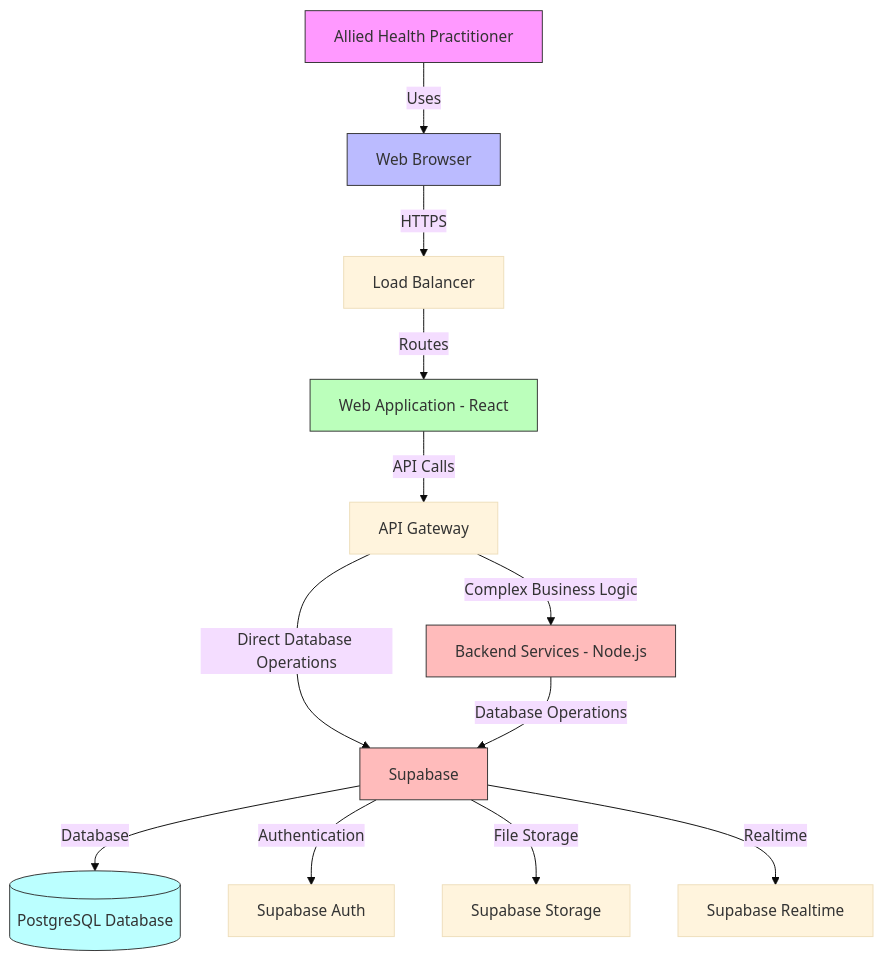
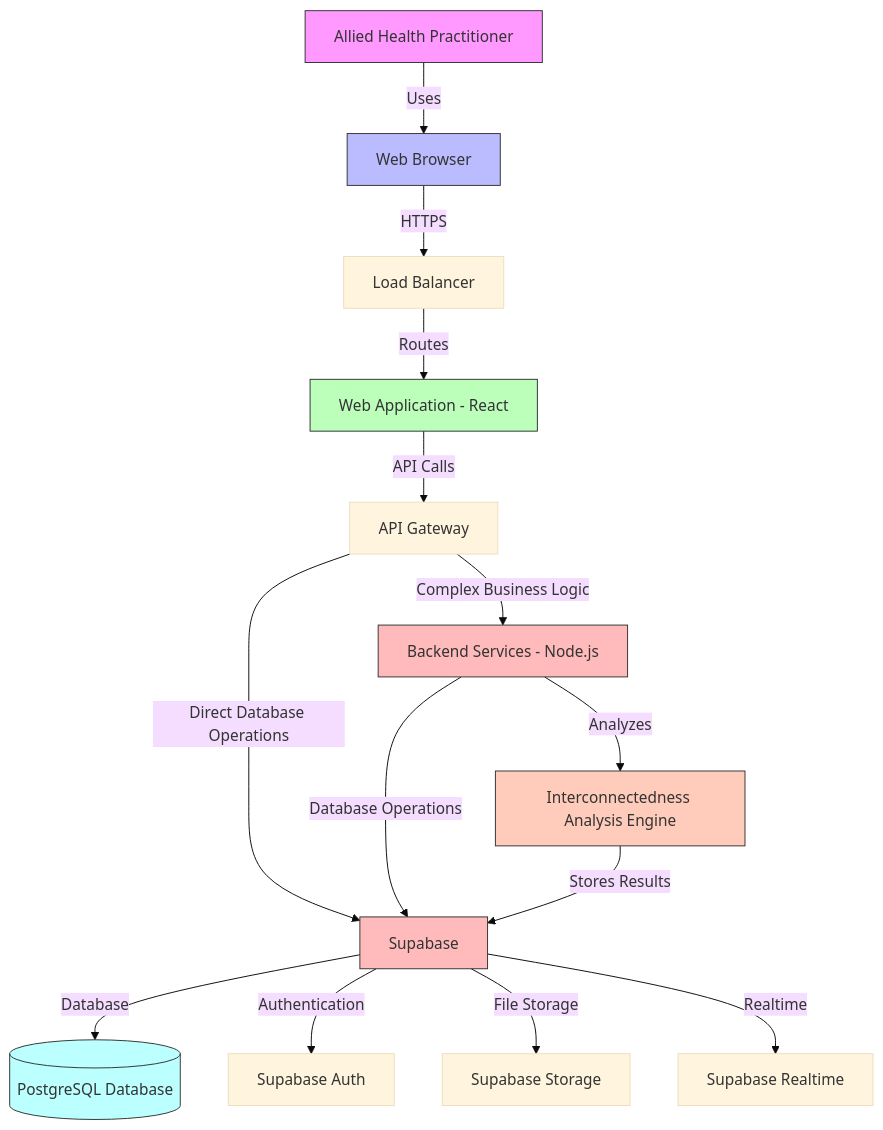
Before and after one commit to billynoodle/cursor-auto-rules-agile-workflow: the first of 4 diagrams in .ai/arch.md, drawn with Mermaid (base theme). The commit also changed other lines of this file and 606 other files, not shown here.

````diff
--- a/.ai/arch.md
+++ b/.ai/arch.md
@@ -26,21 +29,24 @@
 ```mermaid
 graph TD
     A[Allied Health Practitioner] -->|Uses| B[Web Browser]
     B -->|HTTPS| C[Load Balancer]
     C -->|Routes| D[Web Application - React]
     D -->|API Calls| E[API Gateway]
     E -->|Direct Database Operations| F[Supabase]
     F -->|Database| G[(PostgreSQL Database)]
     F -->|Authentication| H[Supabase Auth]
     F -->|File Storage| I[Supabase Storage]
     F -->|Realtime| J[Supabase Realtime]
     E -->|Complex Business Logic| K[Backend Services - Node.js]
     K -->|Database Operations| F
+    K -->|Analyzes| L[Interconnectedness Analysis Engine]
+    L -->|Stores Results| F
     
     style A fill:#f9f,stroke:#333
     style B fill:#bbf,stroke:#333
     style D fill:#bfb,stroke:#333
     style F fill:#fbb,stroke:#333
     style G fill:#bff,stroke:#333
     style K fill:#fbb,stroke:#333
+    style L fill:#fcb,stroke:#333
 ```
````
